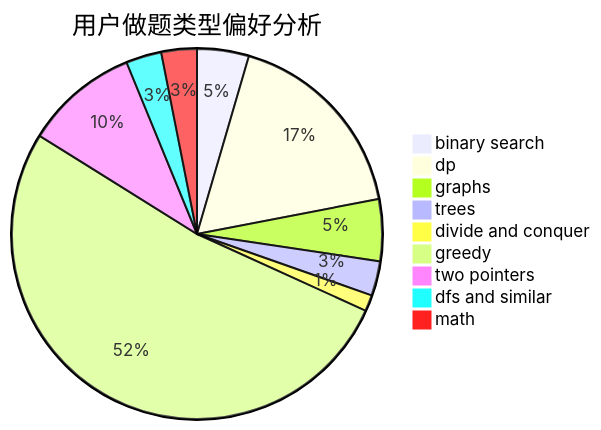
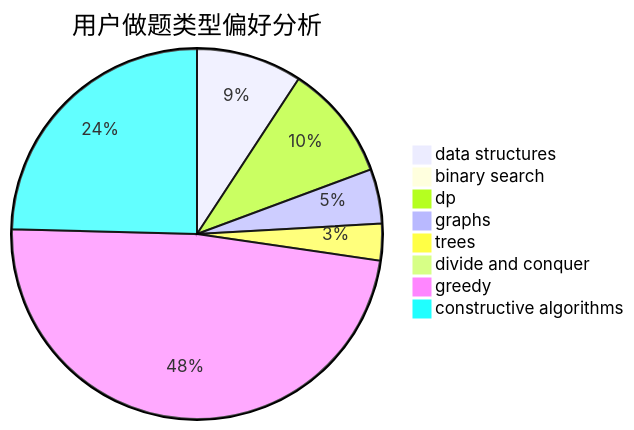
The second of 3 diagrams in docs/user/u2099.md (sherpahu/cfrs.github.io), drawn with Mermaid before and after one commit. The commit also changed other lines of this file and 2775 other files, not shown here.

````diff
--- a/docs/user/u2099.md
+++ b/docs/user/u2099.md
@@ -23,12 +23,11 @@
 ```mermaid
 pie title 用户做题类型偏好分析
-    "binary search" :  51
-    "dp" :  197
-    "graphs" :  61
-    "trees" :  34
-    "divide and conquer" :  16
-    "greedy" :  588
-    "two pointers" :  112
-    "dfs and similar" :  35
-    "math" :  35
+    "data structures" :  95
+    "binary search" :  1
+    "dp" :  104
+    "graphs" :  49
+    "trees" :  33
+    "divide and conquer" :  9
+    "greedy" :  495
+    "constructive algorithms" :  253
 ```
````
